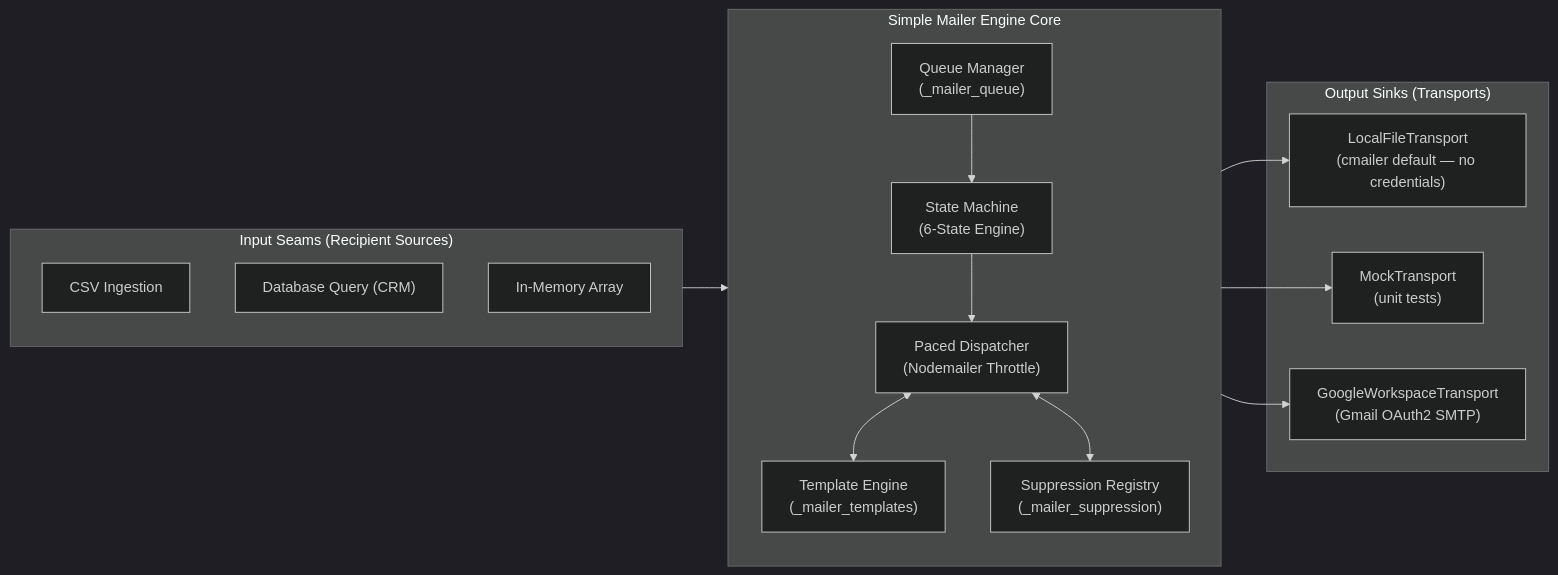
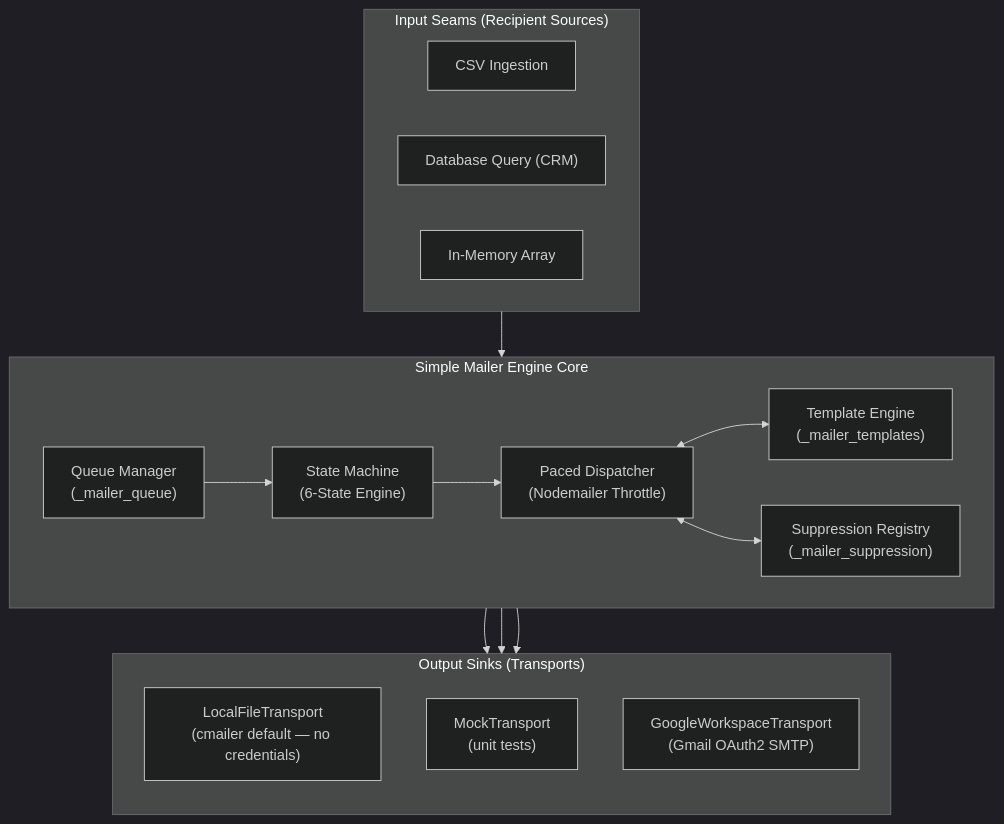
The first of 2 diagrams in README.md (cegaana/simple-mailer), drawn with Mermaid (dark theme) before and after one commit. The commit also changed other lines of this file and 9 other files, not shown here.

````diff
--- a/README.md
+++ b/README.md
@@ -88,27 +88,29 @@
 ```mermaid
-flowchart LR
+flowchart TD
     subgraph IN["Input Seams (Recipient Sources)"]
+        direction LR
         CSV["CSV Ingestion"]
         SQL["Database Query (CRM)"]
         MEM["In-Memory Array"]
     end
 
     subgraph CORE["Simple Mailer Engine Core"]
-        direction TB
+        direction LR
         QM["Queue Manager\n(_mailer_queue)"] --> SM["State Machine\n(6-State Engine)"]
         SM --> D["Paced Dispatcher\n(Nodemailer Throttle)"]
         D <--> TM["Template Engine\n(_mailer_templates)"]
         D <--> SUP["Suppression Registry\n(_mailer_suppression)"]
     end
 
     subgraph OUT["Output Sinks (Transports)"]
+        direction TB
         LOCAL["LocalFileTransport\n(cmailer default — no credentials)"]
         MOCK["MockTransport\n(unit tests)"]
         GMAIL["GoogleWorkspaceTransport\n(Gmail OAuth2 SMTP)"]
     end
 
     IN --> QM
     D --> LOCAL
     D --> MOCK
     D --> GMAIL
 ```
````
